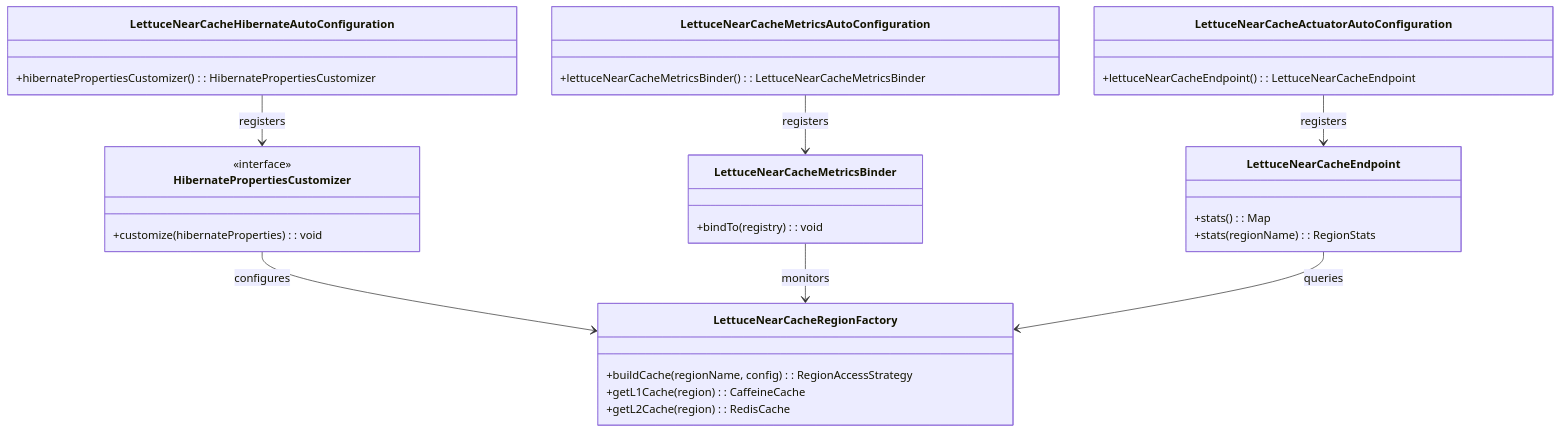
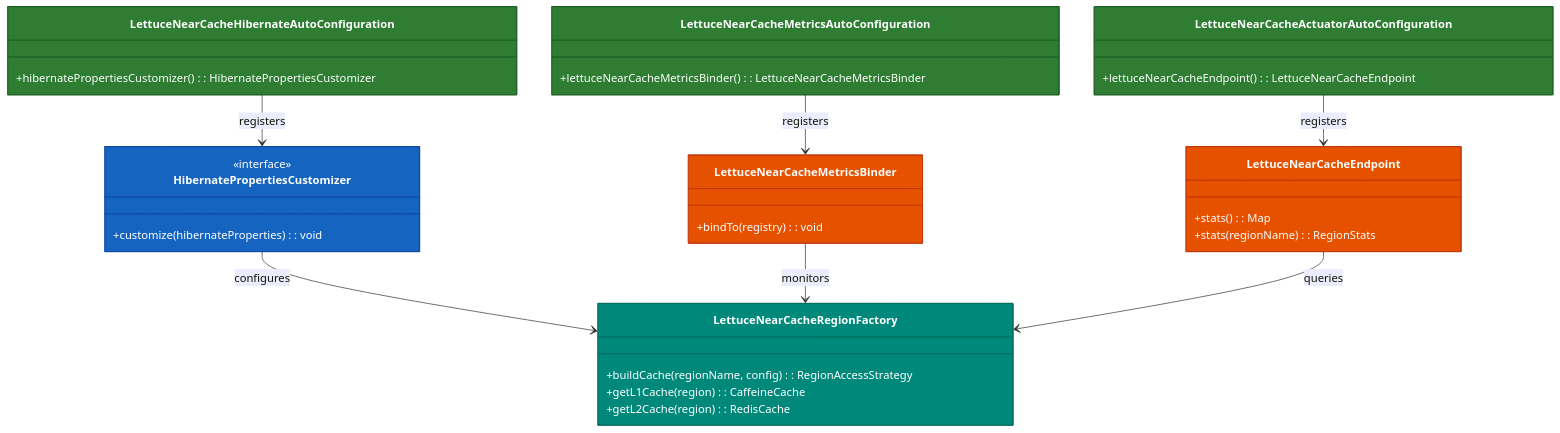
The first of 2 diagrams in spring-boot3/hibernate-lettuce/README.ko.md (bluetape4k/bluetape4k-projects), drawn with Mermaid before and after one commit. The commit also changed other lines of this file and 221 other files, not shown here.

First line of the commit message:
docs: 전체 모듈 README UML 다이어그램 보강 및 색상 업그레이드

````diff
--- a/spring-boot3/hibernate-lettuce/README.ko.md
+++ b/spring-boot3/hibernate-lettuce/README.ko.md
@@ -13,35 +13,43 @@
 ```mermaid
 classDiagram
     class LettuceNearCacheHibernateAutoConfiguration {
         +hibernatePropertiesCustomizer(): HibernatePropertiesCustomizer
     }
     class LettuceNearCacheMetricsAutoConfiguration {
         +lettuceNearCacheMetricsBinder(): LettuceNearCacheMetricsBinder
     }
     class LettuceNearCacheActuatorAutoConfiguration {
         +lettuceNearCacheEndpoint(): LettuceNearCacheEndpoint
     }
     class HibernatePropertiesCustomizer {
         <<interface>>
         +customize(hibernateProperties): void
     }
     class LettuceNearCacheRegionFactory {
         +buildCache(regionName, config): RegionAccessStrategy
         +getL1Cache(region): CaffeineCache
         +getL2Cache(region): RedisCache
     }
     class LettuceNearCacheMetricsBinder {
         +bindTo(registry): void
     }
     class LettuceNearCacheEndpoint {
         +stats(): Map
         +stats(regionName): RegionStats
     }
 
     LettuceNearCacheHibernateAutoConfiguration --> HibernatePropertiesCustomizer : registers
     HibernatePropertiesCustomizer --> LettuceNearCacheRegionFactory : configures
     LettuceNearCacheMetricsAutoConfiguration --> LettuceNearCacheMetricsBinder : registers
     LettuceNearCacheActuatorAutoConfiguration --> LettuceNearCacheEndpoint : registers
     LettuceNearCacheMetricsBinder --> LettuceNearCacheRegionFactory : monitors
     LettuceNearCacheEndpoint --> LettuceNearCacheRegionFactory : queries
+
+    style LettuceNearCacheHibernateAutoConfiguration fill:#2E7D32,stroke:#1B5E20,color:#FFFFFF
+    style LettuceNearCacheMetricsAutoConfiguration fill:#2E7D32,stroke:#1B5E20,color:#FFFFFF
+    style LettuceNearCacheActuatorAutoConfiguration fill:#2E7D32,stroke:#1B5E20,color:#FFFFFF
+    style HibernatePropertiesCustomizer fill:#1565C0,stroke:#0D47A1,color:#FFFFFF
+    style LettuceNearCacheRegionFactory fill:#00897B,stroke:#00695C,color:#FFFFFF
+    style LettuceNearCacheMetricsBinder fill:#E65100,stroke:#BF360C,color:#FFFFFF
+    style LettuceNearCacheEndpoint fill:#E65100,stroke:#BF360C,color:#FFFFFF
 ```
````
